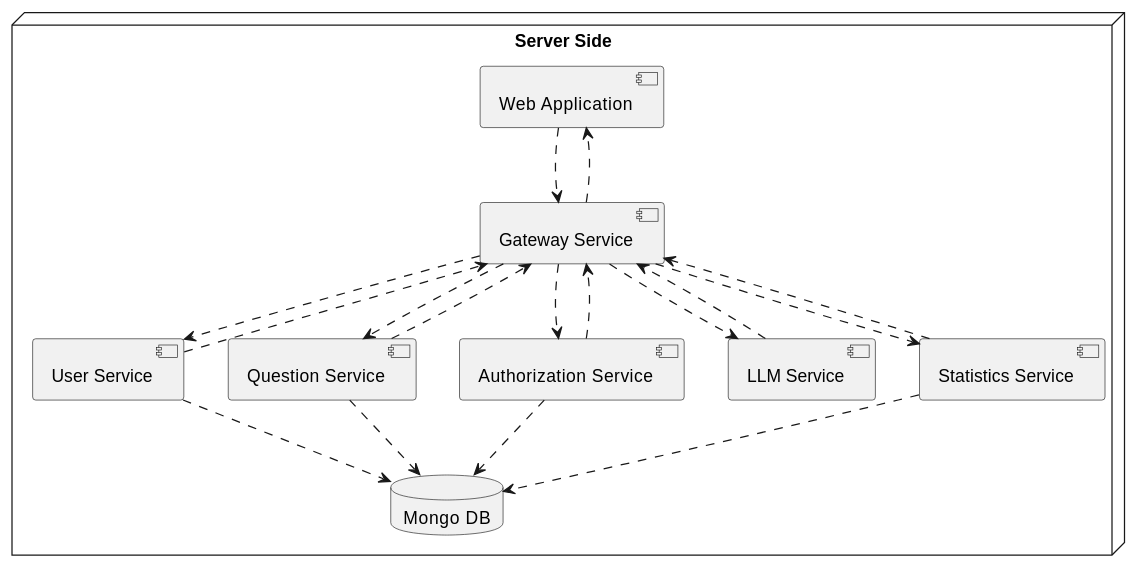
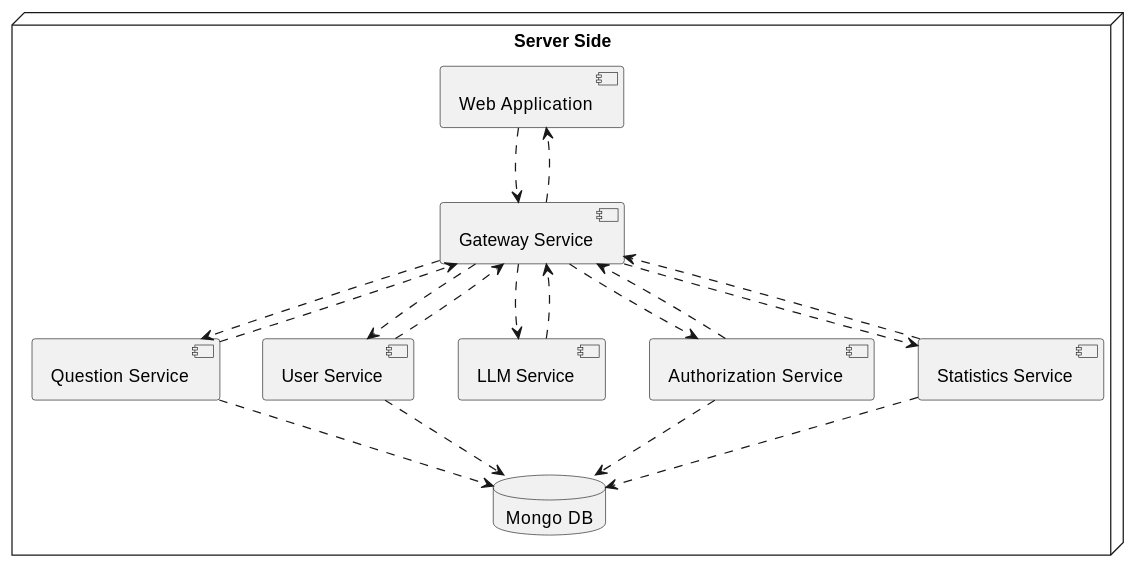
The second of 2 diagrams in docs/src/07_deployment_view.adoc (Arquisoft/wichat_en1b), drawn with PlantUML before and after one commit. The commit also changed other lines of this file, not shown here.

```diff
--- a/docs/src/07_deployment_view.adoc
+++ b/docs/src/07_deployment_view.adoc
@@ -109,36 +109,36 @@
 [plantuml,"Deployment view L2",png]
 ----
 node "Server Side" {
   component WA as "Web Application"
   component GS as "Gateway Service"
+  component QS as "Question Service"
   component US as "User Service"
-  component QS as "Question Service"
+  component LLMS as "LLM Service"
   component AS as "Authorization Service"
-  component LLMS as "LLM Service"
   component SS as "Statistics Service"
   database MDB as "Mongo DB"
 
   GS -[dashed]-> WA
   WA -[dashed]-> GS
 
   GS -[dashed]-> US
   US -[dashed]-> GS
 
   GS -[dashed]-> AS
   AS -[dashed]-> GS
 
   GS -[dashed]-> QS
   QS -[dashed]-> GS
 
   GS -[dashed]-> LLMS
   LLMS -[dashed]-> GS
 
   GS -[dashed]-> SS
   SS -[dashed]-> GS
 
   US -[dashed]-> MDB
   AS -[dashed]-> MDB
   SS -[dashed]-> MDB
   QS -[dashed]-> MDB
 }
 ----
```
